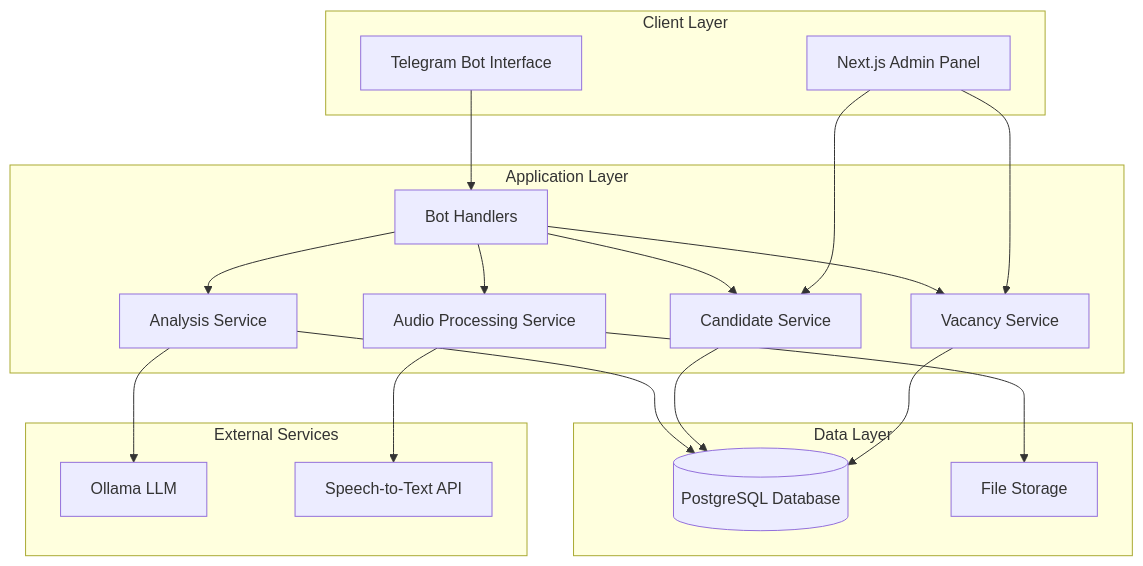
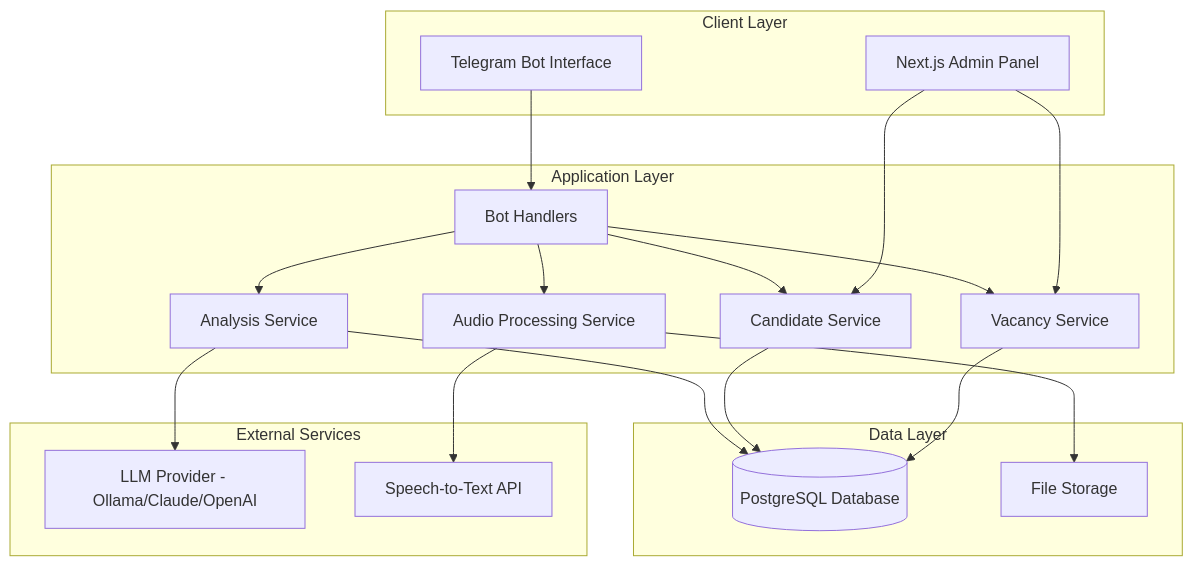
The first of 2 diagrams in .kiro/specs/ai-hr-bot-system/design.md (geralexgit/ai-hr-bot), drawn with Mermaid before and after one commit. The commit also changed other lines of this file and 1 other file, not shown here.

````diff
--- a/.kiro/specs/ai-hr-bot-system/design.md
+++ b/.kiro/specs/ai-hr-bot-system/design.md
@@ -13,39 +13,39 @@
 ```mermaid
 graph TB
     subgraph "Client Layer"
         TG[Telegram Bot Interface]
         AP[Next.js Admin Panel]
     end
     
     subgraph "Application Layer"
         BH[Bot Handlers]
         VS[Vacancy Service]
         CS[Candidate Service]
         AS[Analysis Service]
         APS[Audio Processing Service]
     end
     
     subgraph "Data Layer"
         DB[(PostgreSQL Database)]
         FS[File Storage]
     end
     
     subgraph "External Services"
-        OL[Ollama LLM]
+        LLM[LLM Provider - Ollama/Claude/OpenAI]
         STT[Speech-to-Text API]
     end
     
     TG --> BH
     AP --> VS
     AP --> CS
     BH --> VS
     BH --> CS
     BH --> AS
     BH --> APS
-    AS --> OL
+    AS --> LLM
     APS --> STT
     VS --> DB
     CS --> DB
     AS --> DB
     APS --> FS
 ```
````
